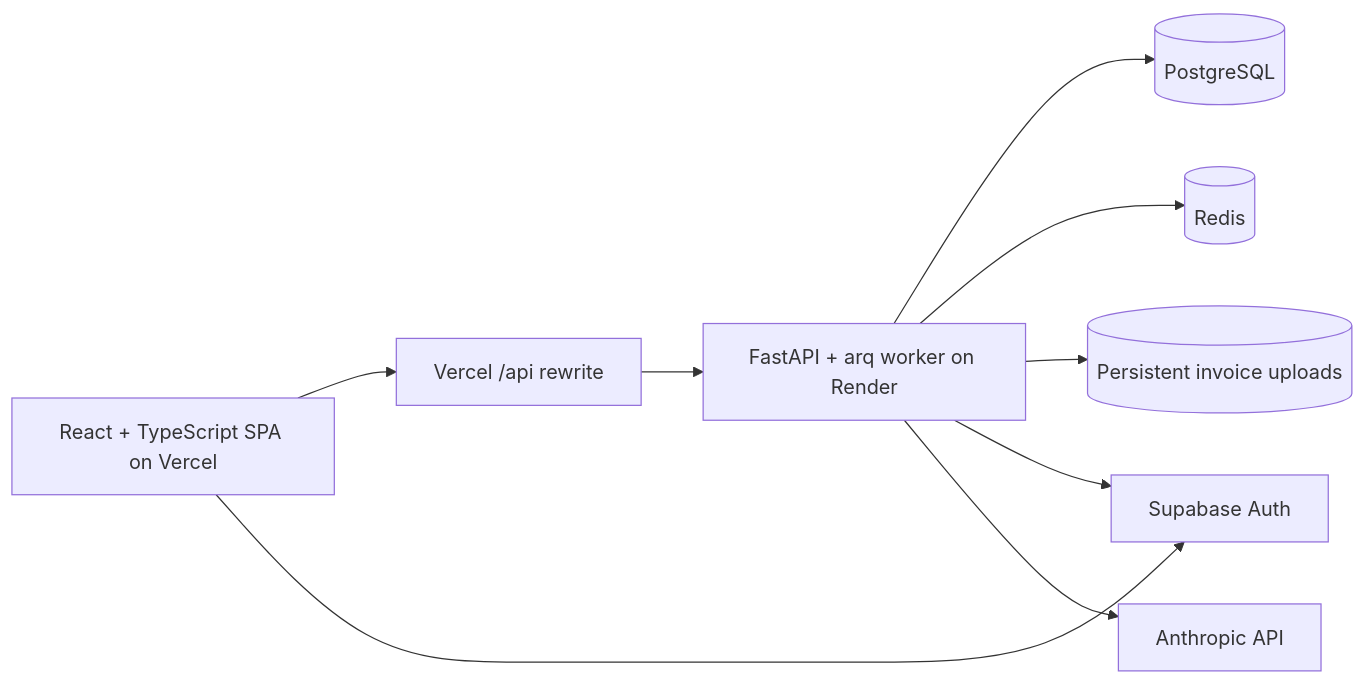
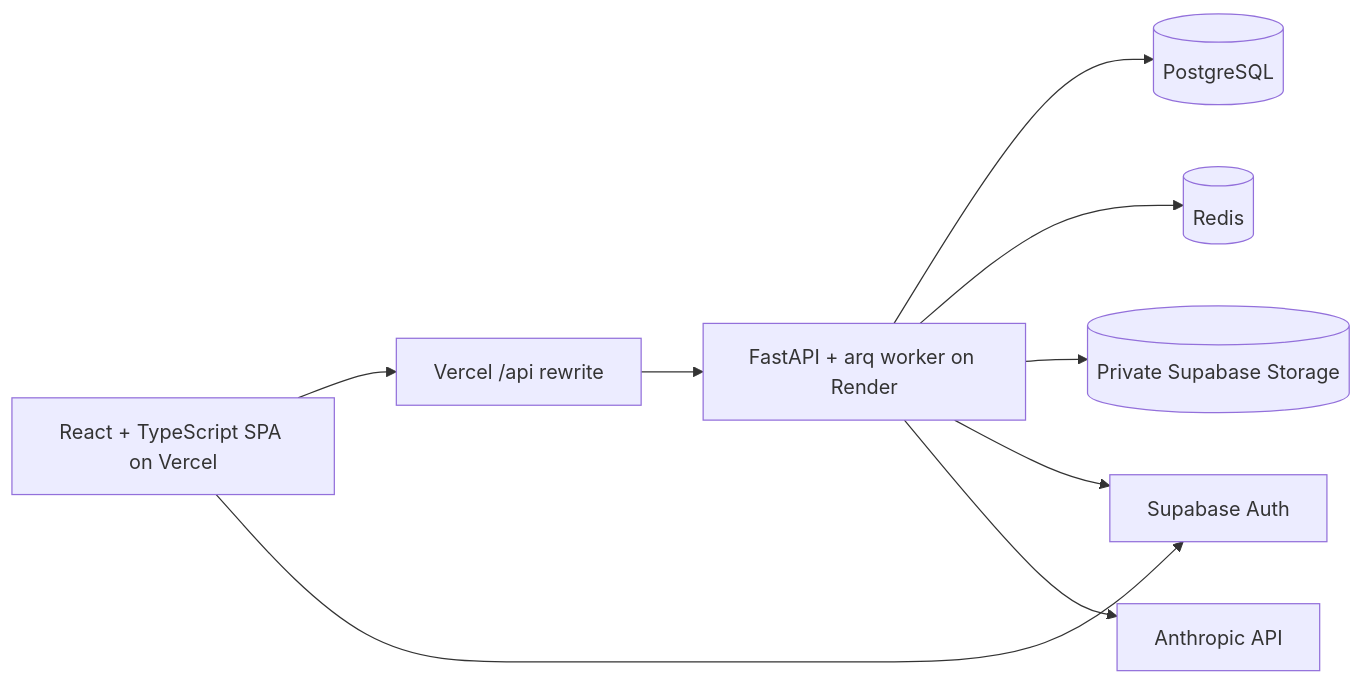
Before and after one commit to aayushmishra-in/fin-pilot: the diagram in README.md, drawn with Mermaid. The commit also changed other lines of this file and 10 other files, not shown here.

````diff
--- a/README.md
+++ b/README.md
@@ -21,19 +21,19 @@
 ```mermaid
 flowchart LR
   Browser[React + TypeScript SPA on Vercel]
   Proxy[Vercel /api rewrite]
   App[FastAPI + arq worker on Render]
   DB[(PostgreSQL)]
   Redis[(Redis)]
-  Files[(Persistent invoice uploads)]
+  Files[(Private Supabase Storage)]
   Auth[Supabase Auth]
   AI[Anthropic API]
 
   Browser --> Proxy --> App
   Browser --> Auth
   App --> DB
   App --> Redis
   App --> Files
   App --> Auth
   App --> AI
 ```
````
